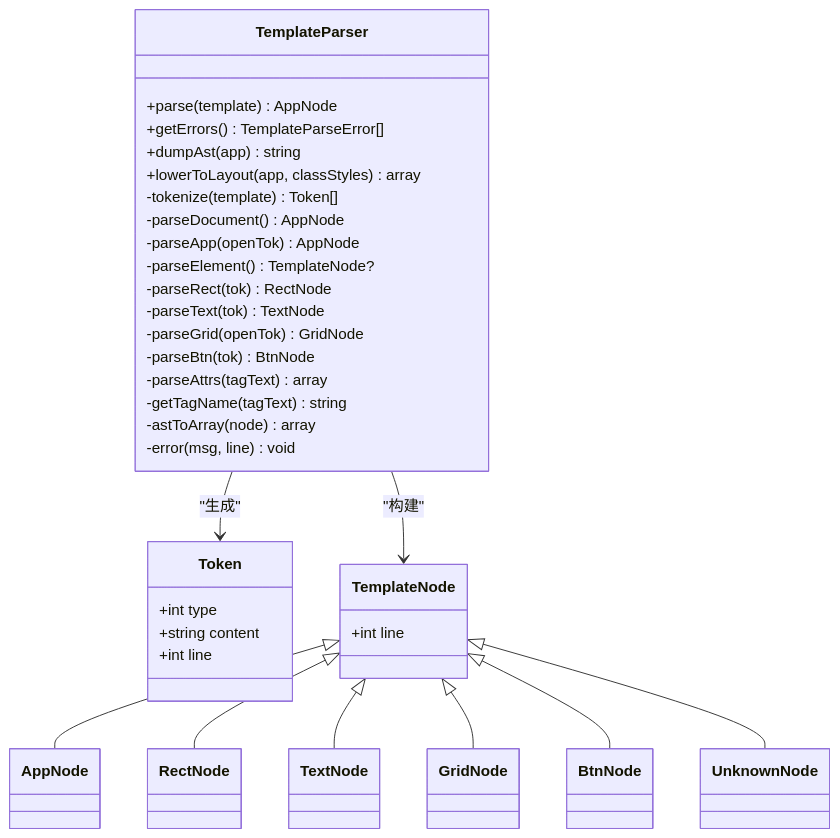
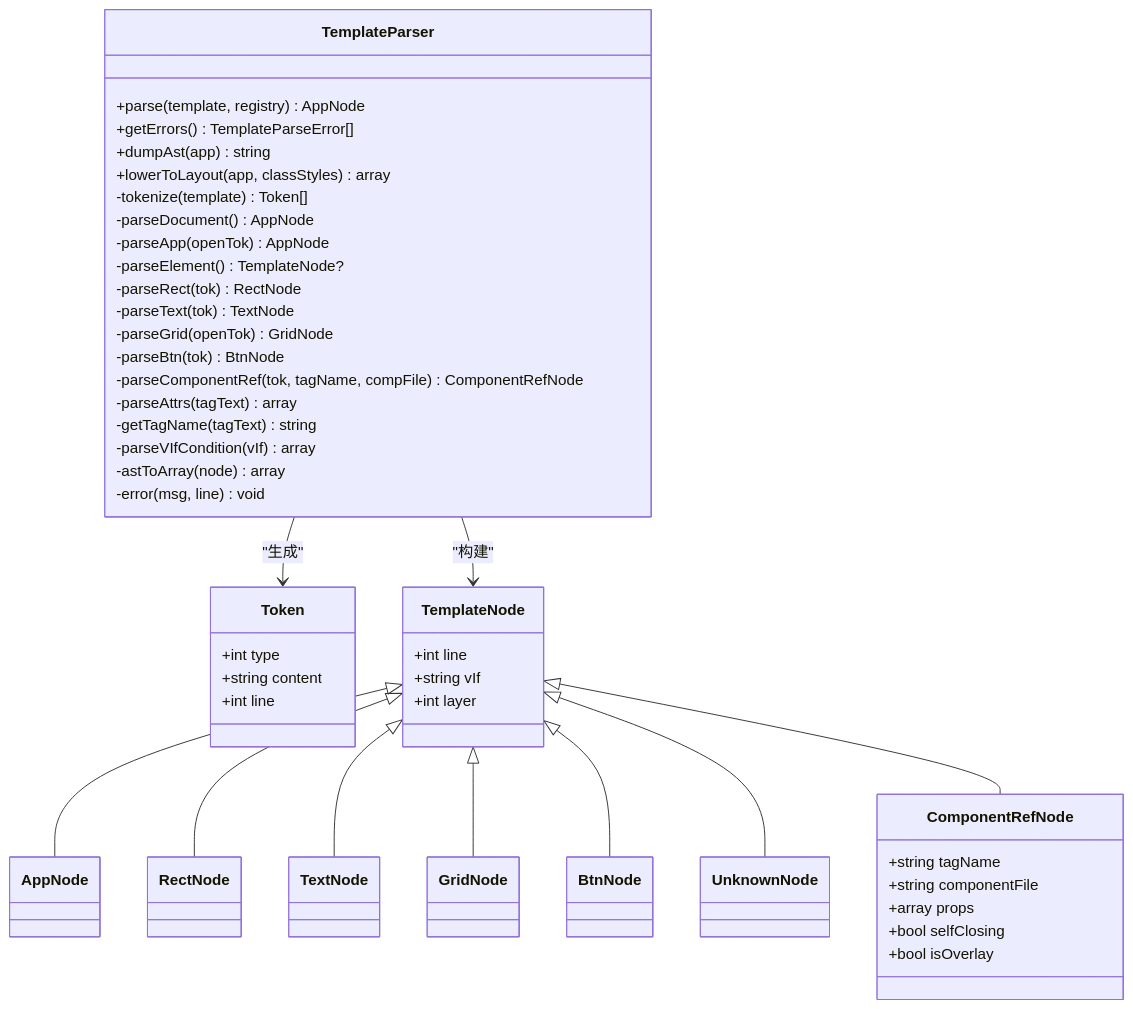
The third of 12 diagrams in .qoder/repowiki/zh/content/SFC编译器系统/SFC编译器系统.md (xingye00186/PHP-Data-UI-Framework-powered-by-swooleAOT), drawn with Mermaid before and after one commit. The commit also changed other lines of this file and 7 other files, not shown here.

````diff
--- a/.qoder/repowiki/zh/content/SFC编译器系统/SFC编译器系统.md
+++ b/.qoder/repowiki/zh/content/SFC编译器系统/SFC编译器系统.md
@@ -149,43 +183,55 @@
 ```mermaid
 classDiagram
 class TemplateParser {
-+parse(template) AppNode
++parse(template, registry) AppNode
 +getErrors() TemplateParseError[]
 +dumpAst(app) string
 +lowerToLayout(app, classStyles) array
 -tokenize(template) Token[]
 -parseDocument() AppNode
 -parseApp(openTok) AppNode
 -parseElement() TemplateNode?
 -parseRect(tok) RectNode
 -parseText(tok) TextNode
 -parseGrid(openTok) GridNode
 -parseBtn(tok) BtnNode
+-parseComponentRef(tok, tagName, compFile) ComponentRefNode
 -parseAttrs(tagText) array
 -getTagName(tagText) string
+-parseVIfCondition(vIf) array
 -astToArray(node) array
 -error(msg, line) void
 }
 class Token {
 +int type
 +string content
 +int line
 }
 class TemplateNode {
 +int line
++string vIf
++int layer
 }
 class AppNode
 class RectNode
 class TextNode
 class GridNode
 class BtnNode
 class UnknownNode
+class ComponentRefNode {
++string tagName
++string componentFile
++array props
++bool selfClosing
++bool isOverlay
+}
 TemplateParser --> Token : "生成"
 TemplateParser --> TemplateNode : "构建"
 TemplateNode <|-- AppNode
 TemplateNode <|-- RectNode
 TemplateNode <|-- TextNode
 TemplateNode <|-- GridNode
 TemplateNode <|-- BtnNode
 TemplateNode <|-- UnknownNode
+TemplateNode <|-- ComponentRefNode
 ```
````
